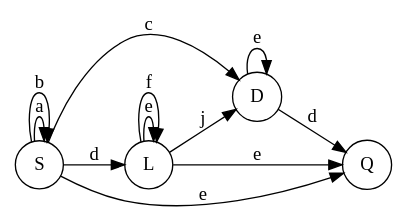
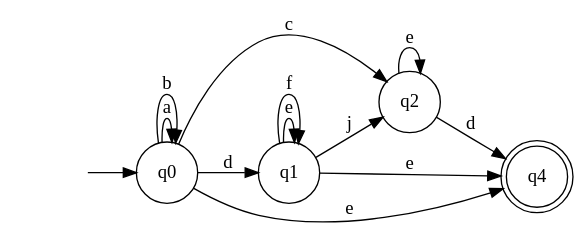
The diagram in LAB1/Digraph.gv (IuraCPersonal/FAF203-LFPC), drawn with Graphviz before and after one commit. The commit also changed 2 other files, not shown here.

```diff
--- a/LAB1/Digraph.gv
+++ b/LAB1/Digraph.gv
@@ -1,58 +1,61 @@
 digraph {
 	rankdir=LR size="8,5"
 	node [shape=circle]
-	S
+	q0
 	node [shape=circle]
-	S
-	S -> S [label=a]
+	q0
+	q0 -> q0 [label=a]
 	node [shape=circle]
-	S
+	q0
 	node [shape=circle]
-	S
-	S -> S [label=b]
+	q0
+	q0 -> q0 [label=b]
 	node [shape=circle]
-	S
+	q0
 	node [shape=circle]
-	D
-	S -> D [label=c]
+	q2
+	q0 -> q2 [label=c]
 	node [shape=circle]
-	S
+	q0
 	node [shape=circle]
-	L
-	S -> L [label=d]
+	q1
+	q0 -> q1 [label=d]
 	node [shape=circle]
-	S
+	q0
+	node [shape=doublecircle]
+	q4
+	q0 -> q4 [label=e]
 	node [shape=circle]
-	Q
-	S -> Q [label=e]
+	q1
 	node [shape=circle]
-	L
+	q1
+	q1 -> q1 [label=e]
 	node [shape=circle]
-	L
-	L -> L [label=e]
+	q1
 	node [shape=circle]
-	L
+	q1
+	q1 -> q1 [label=f]
 	node [shape=circle]
-	L
-	L -> L [label=f]
+	q1
 	node [shape=circle]
-	L
+	q2
+	q1 -> q2 [label=j]
 	node [shape=circle]
-	D
-	L -> D [label=j]
+	q1
+	node [shape=doublecircle]
+	q4
+	q1 -> q4 [label=e]
 	node [shape=circle]
-	L
+	q2
 	node [shape=circle]
-	Q
-	L -> Q [label=e]
+	q2
+	q2 -> q2 [label=e]
 	node [shape=circle]
-	D
-	node [shape=circle]
-	D
-	D -> D [label=e]
-	node [shape=circle]
-	D
-	node [shape=circle]
-	Q
-	D -> Q [label=d]
+	q2
+	node [shape=doublecircle]
+	q4
+	q2 -> q4 [label=d]
+	node [shape=none]
+	""
+	"" -> q0
 }
```
